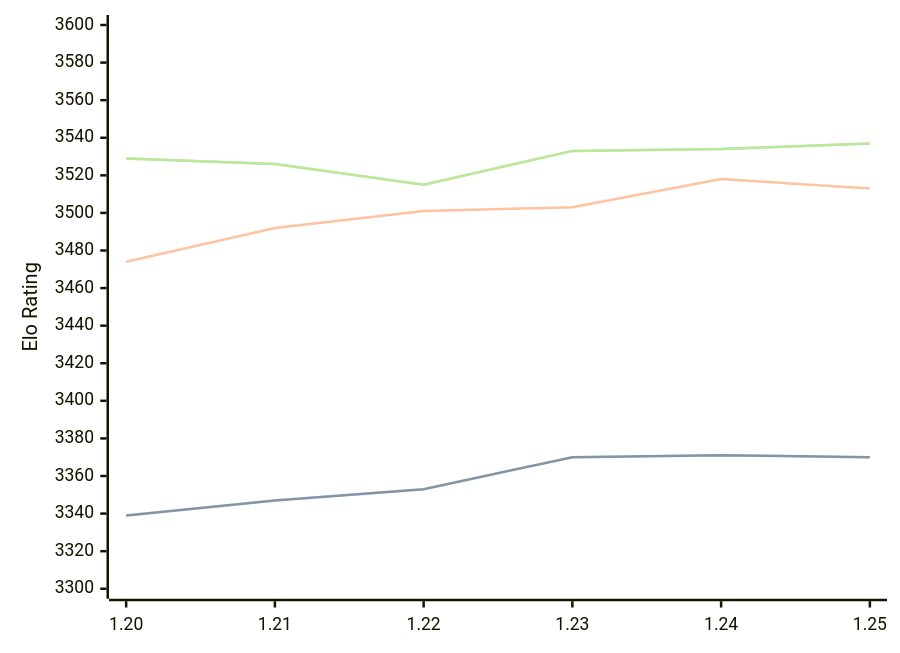
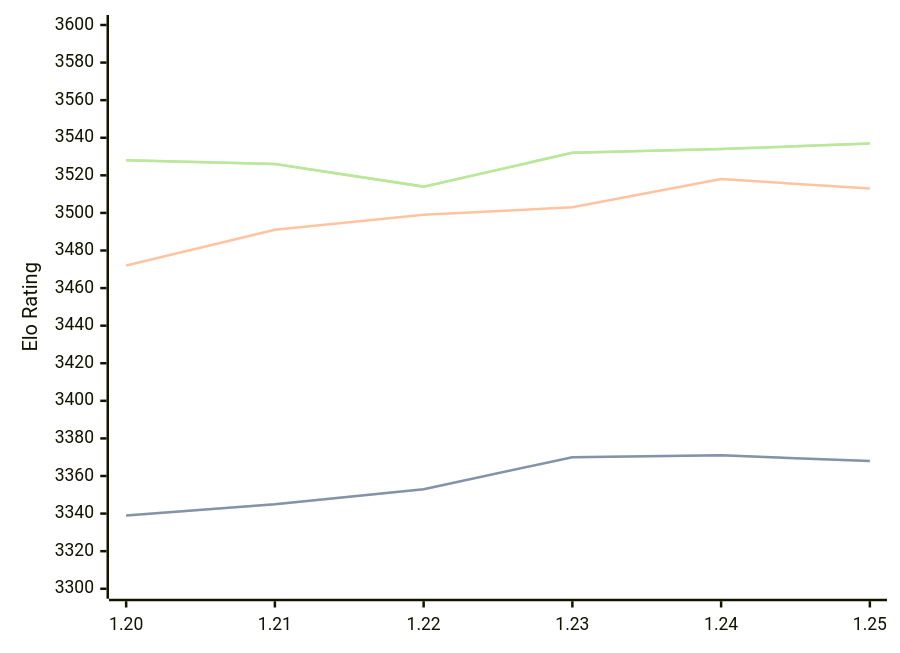
The diagram in engines/Caissa.md (computer-chess-index/cci), drawn with Mermaid before and after one commit. The commit also changed other lines of this file, not shown here.

Commit message:
Update CCI Ratings (ELO VLTC) - 2026-06-10

````diff
--- a/engines/Caissa.md
+++ b/engines/Caissa.md
@@ -65,11 +65,11 @@
 ```mermaid
 %%{init: {"theme":"base","themeVariables":{"seriesColors:['#a3a3a3','#222221','#faa371']}}}%%
 xychart-beta
   x-axis ["1.20", "1.21", "1.22", "1.23", "1.24", "1.25"]
   y-axis "Elo Rating" 3300 --> 3600
-  line "STC (8.0+0.08s)" [3339, 3347, 3353, 3370, 3371, 3370]
-  line "STC (8.0+0.08s)" [3339, 3347, 3353, 3370, 3371, 3370]
-  line "LTC (60.0+0.60s)" [3474, 3492, 3501, 3503, 3518, 3513]
-  line "VLTC (2m24s+1.12s)" [3529, 3526, 3515, 3533, 3534, 3537]
-  line "VLTC (2m24s+1.12s)" [3529, 3526, 3515, 3533, 3534, 3537]
+  line "STC (8.0+0.08s)" [3339, 3345, 3353, 3370, 3371, 3368]
+  line "STC (8.0+0.08s)" [3339, 3345, 3353, 3370, 3371, 3368]
+  line "LTC (60.0+0.60s)" [3472, 3491, 3499, 3503, 3518, 3513]
+  line "VLTC (2m24s+1.12s)" [3528, 3526, 3514, 3532, 3534, 3537]
+  line "VLTC (2m24s+1.12s)" [3528, 3526, 3514, 3532, 3534, 3537]
 ```
````
